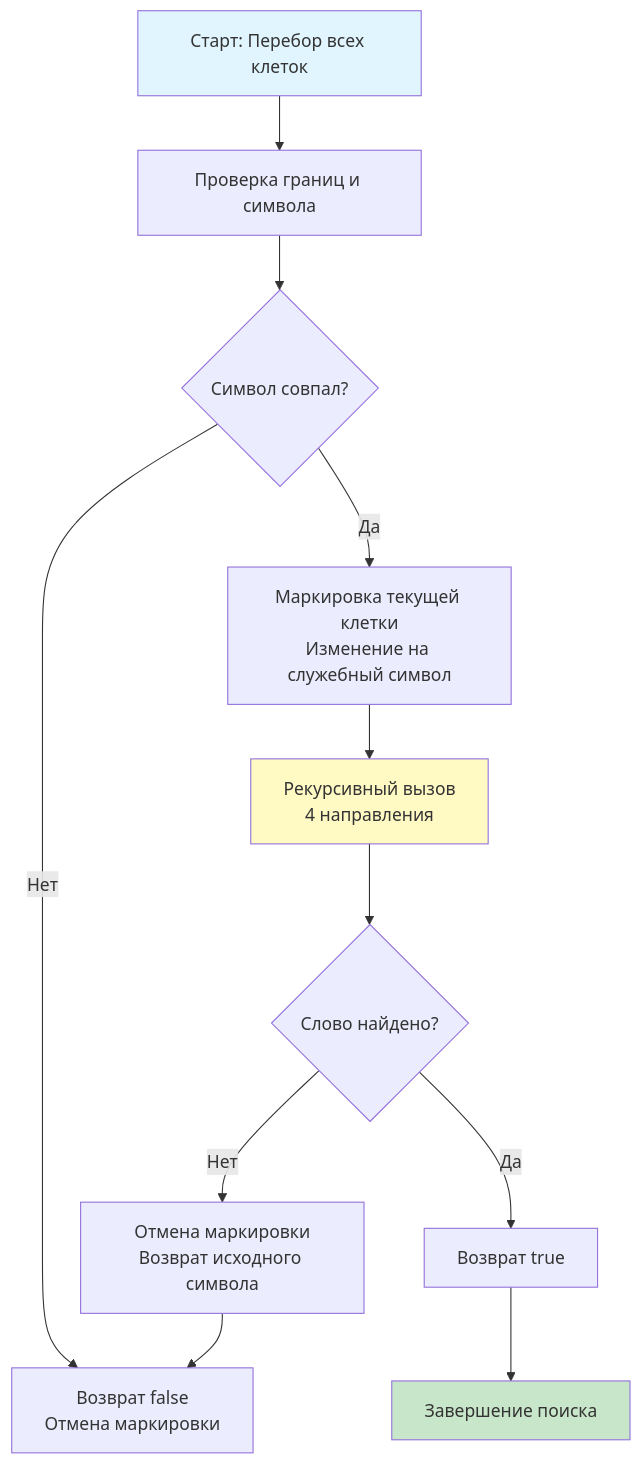
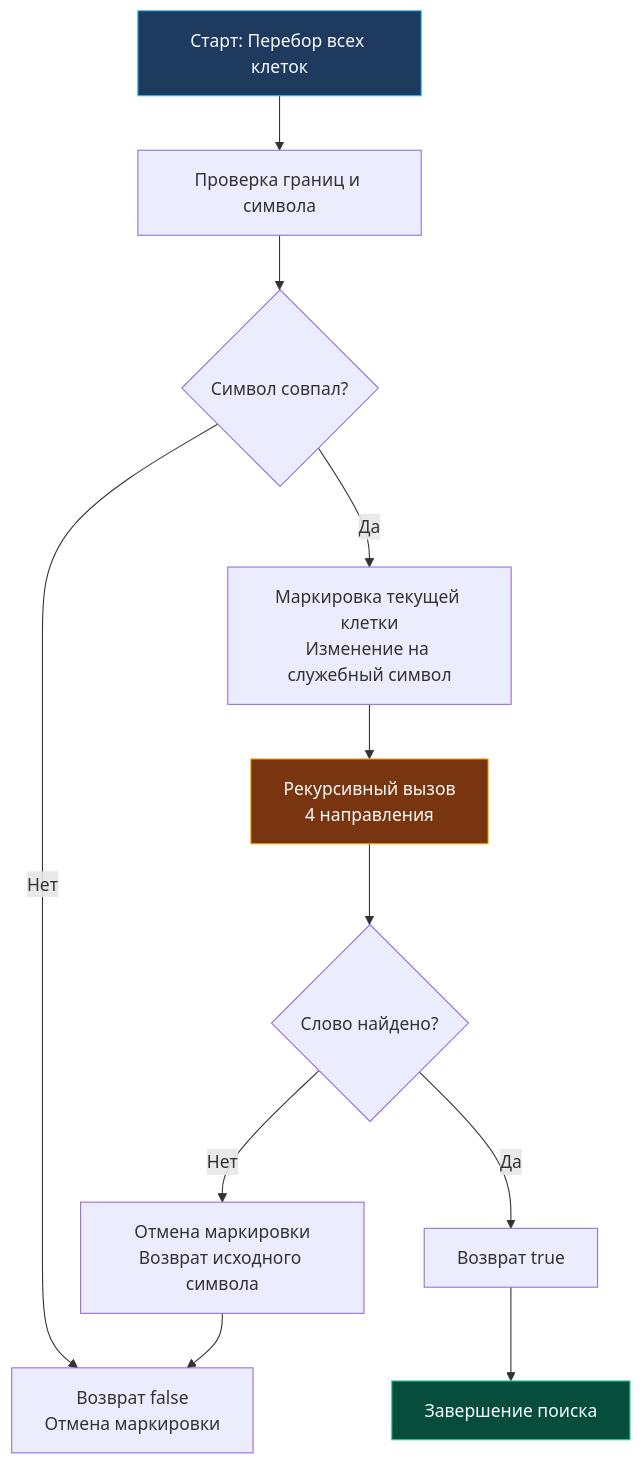
Before and after one commit to UnrealTemplier/go-textbook: the diagram in sources/21. Задачи с LeetCode и собеседований на Go/02. Задачи/24. Матрицы и grid задачи/6. Word Search.md, drawn with Mermaid. The commit also changed 310 other files, not shown here.

First line of the commit message:
fix(mermaid): replace light fill colors with dark palette for readability on dark theme

````diff
--- a/sources/21. Задачи с LeetCode и собеседований на Go/02. Задачи/24. Матрицы и grid задачи/6. Word Search.md
+++ b/sources/21. Задачи с LeetCode и собеседований на Go/02. Задачи/24. Матрицы и grid задачи/6. Word Search.md
@@ -17,17 +17,17 @@
 ```mermaid
 flowchart TD
     Start["Старт: Перебор всех клеток"] --> Init["Проверка границ и символа"]
     Init --> Match{"Символ совпал?"}
     Match -- "Нет" --> Backtrack["Возврат false<br>Отмена маркировки"]
     Match -- "Да" --> Mark["Маркировка текущей клетки<br>Изменение на служебный символ"]
     Mark --> Recurse["Рекурсивный вызов<br>4 направления"]
     Recurse --> Found{"Слово найдено?"}
     Found -- "Да" --> ReturnTrue["Возврат true"]
     Found -- "Нет" --> Unmark["Отмена маркировки<br>Возврат исходного символа"]
     Unmark --> Backtrack
     ReturnTrue --> End["Завершение поиска"]
     
-    style Start fill:#e1f5fe
-    style End fill:#c8e6c9
-    style Recurse fill:#fff9c4
+    style Start fill:#1e3a5f,stroke:#38bdf8,color:#f8fafc
+    style End fill:#064e3b,stroke:#34d399,color:#f8fafc
+    style Recurse fill:#78350f,stroke:#fbbf24,color:#f8fafc
 ```
````
